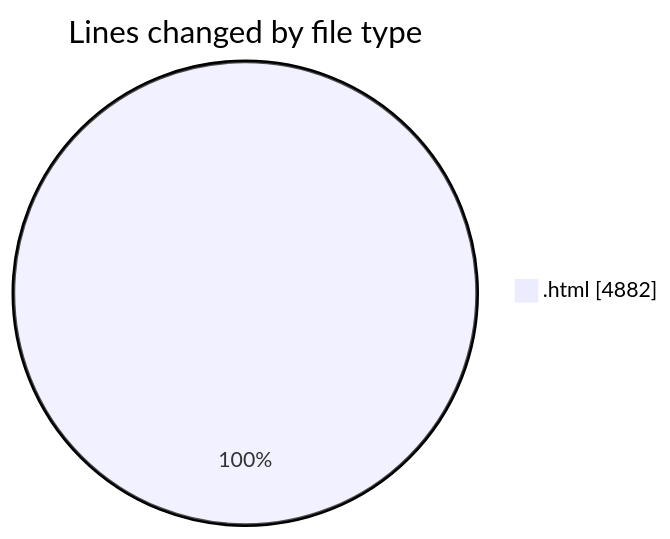
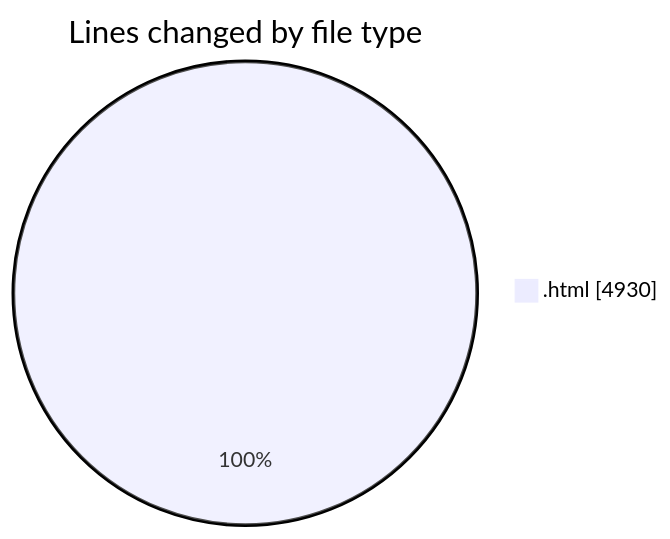
The first of 2 diagrams in 2025-08-09/nxtqube_webapp/README.md (nxtqubesakshisongat/code-tracking), drawn with Mermaid before and after one commit. The commit also changed other lines of this file and 1 other file, not shown here.

````diff
--- a/2025-08-09/nxtqube_webapp/README.md
+++ b/2025-08-09/nxtqube_webapp/README.md
@@ -21,5 +21,5 @@
 ```mermaid
 pie showData
 title Lines changed by file type
-".html" : 4882
+".html" : 4930
 ```
````
